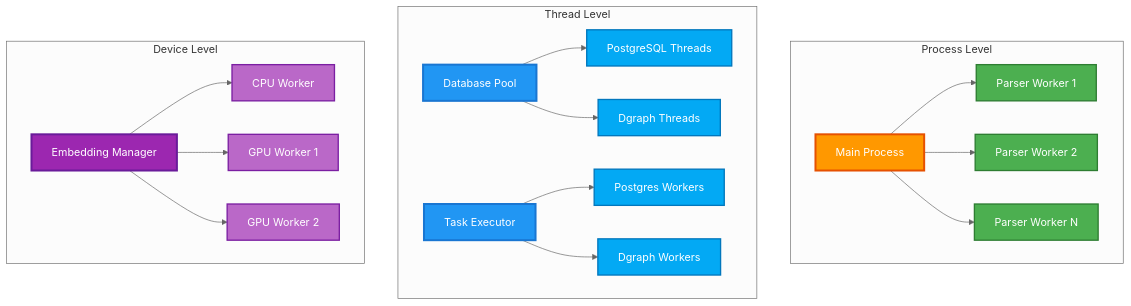
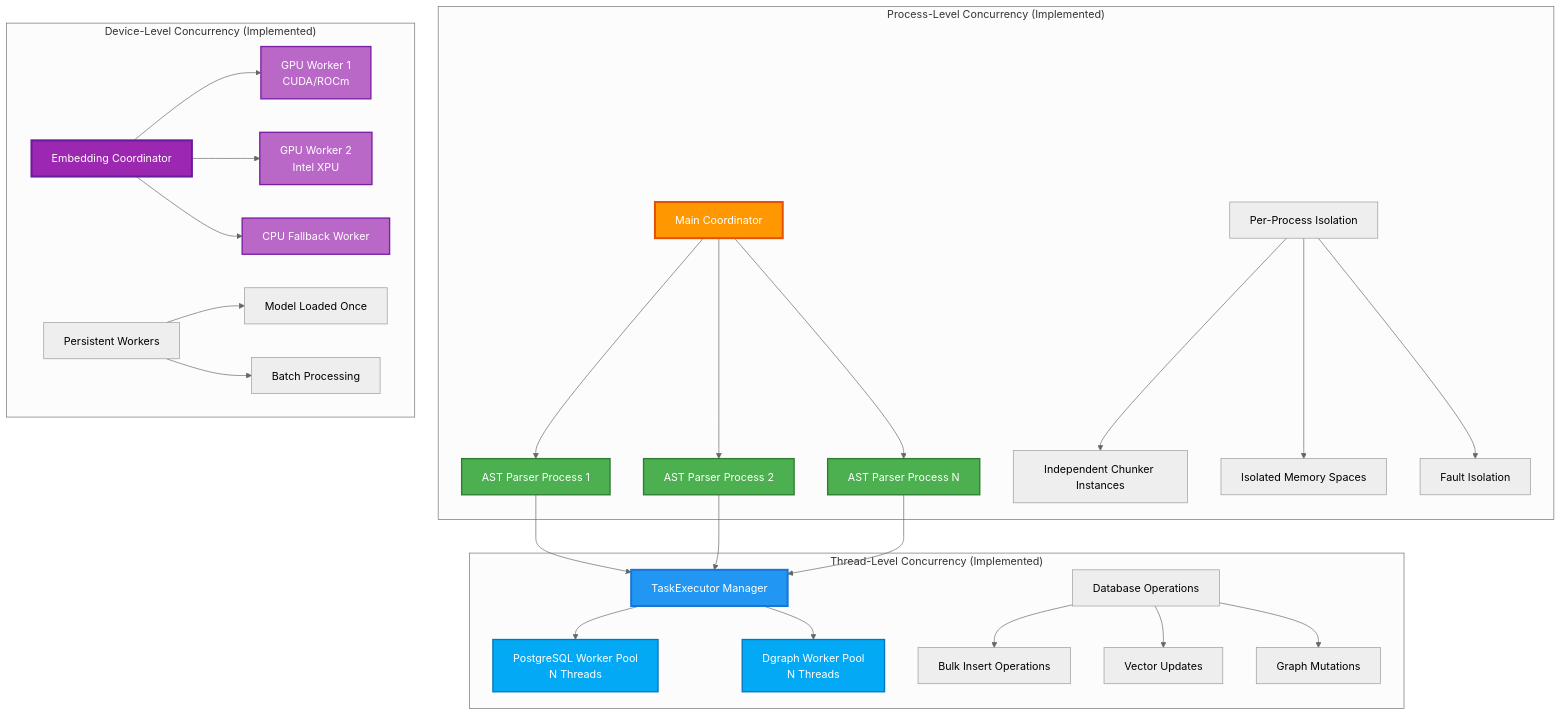
Before and after one commit to Independent-AI-Labs/AMI-SDA: the fifth of 15 diagrams in ARCHITECTURE.md, drawn with Mermaid (neutral theme). The commit also changed other lines of this file and 1 other file, not shown here.

````diff
--- a/ARCHITECTURE.md
+++ b/ARCHITECTURE.md
@@ -393,36 +454,43 @@
 ```mermaid
 graph TB
-    subgraph "Process Level"
-        A[Main Process] --> B[Parser Worker 1]
-        A --> C[Parser Worker 2]
-        A --> D[Parser Worker N]
+    subgraph "Process-Level Concurrency (Implemented)"
+        A[Main Coordinator] --> B[AST Parser Process 1]
+        A --> C[AST Parser Process 2]
+        A --> D[AST Parser Process N]
+        E[Per-Process Isolation] --> F[Independent Chunker Instances]
+        E --> G[Isolated Memory Spaces]
+        E --> H[Fault Isolation]
     end
     
-    subgraph "Thread Level"
-        E[Database Pool] --> F[PostgreSQL Threads]
-        E --> G[Dgraph Threads]
-        H[Task Executor] --> I[Postgres Workers]
-        H --> J[Dgraph Workers]
+    subgraph "Thread-Level Concurrency (Implemented)"
+        I[TaskExecutor Manager] --> J[PostgreSQL Worker Pool<br/>N Threads]
+        I --> K[Dgraph Worker Pool<br/>N Threads]
+        L[Database Operations] --> M[Bulk Insert Operations]
+        L --> N[Vector Updates]
+        L --> O[Graph Mutations]
     end
     
-    subgraph "Device Level"
-        K[Embedding Manager] --> L[CPU Worker]
-        K --> M[GPU Worker 1]
-        K --> N[GPU Worker 2]
+    subgraph "Device-Level Concurrency (Implemented)"
+        P[Embedding Coordinator] --> Q[GPU Worker 1<br/>CUDA/ROCm]
+        P --> R[GPU Worker 2<br/>Intel XPU]
+        P --> S[CPU Fallback Worker]
+        T[Persistent Workers] --> U[Model Loaded Once]
+        T --> V[Batch Processing]
     end
+    
+    B --> I
+    C --> I
+    D --> I
     
     style A fill:#FF9800,stroke:#E65100,stroke-width:3px,color:#fff
     style B fill:#4CAF50,stroke:#2E7D32,stroke-width:2px,color:#fff
     style C fill:#4CAF50,stroke:#2E7D32,stroke-width:2px,color:#fff
     style D fill:#4CAF50,stroke:#2E7D32,stroke-width:2px,color:#fff
-    style E fill:#2196F3,stroke:#1976D2,stroke-width:3px,color:#fff
-    style F fill:#03A9F4,stroke:#0277BD,stroke-width:2px,color:#fff
-    style G fill:#03A9F4,stroke:#0277BD,stroke-width:2px,color:#fff
-    style H fill:#2196F3,stroke:#1976D2,stroke-width:3px,color:#fff
-    style I fill:#03A9F4,stroke:#0277BD,stroke-width:2px,color:#fff
+    style I fill:#2196F3,stroke:#1976D2,stroke-width:3px,color:#fff
     style J fill:#03A9F4,stroke:#0277BD,stroke-width:2px,color:#fff
-    style K fill:#9C27B0,stroke:#6A1B9A,stroke-width:3px,color:#fff
-    style L fill:#BA68C8,stroke:#7B1FA2,stroke-width:2px,color:#fff
-    style M fill:#BA68C8,stroke:#7B1FA2,stroke-width:2px,color:#fff
-    style N fill:#BA68C8,stroke:#7B1FA2,stroke-width:2px,color:#fff
+    style K fill:#03A9F4,stroke:#0277BD,stroke-width:2px,color:#fff
+    style P fill:#9C27B0,stroke:#6A1B9A,stroke-width:3px,color:#fff
+    style Q fill:#BA68C8,stroke:#7B1FA2,stroke-width:2px,color:#fff
+    style R fill:#BA68C8,stroke:#7B1FA2,stroke-width:2px,color:#fff
+    style S fill:#BA68C8,stroke:#7B1FA2,stroke-width:2px,color:#fff
 ```
````
